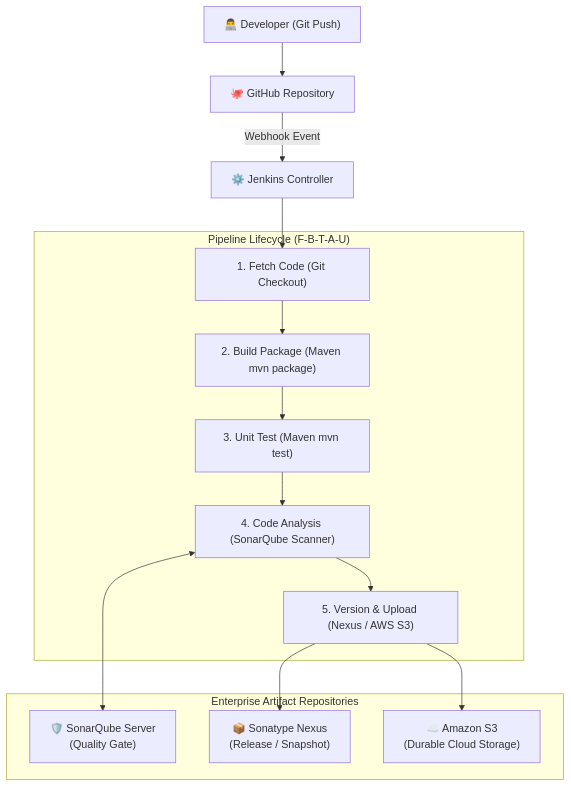
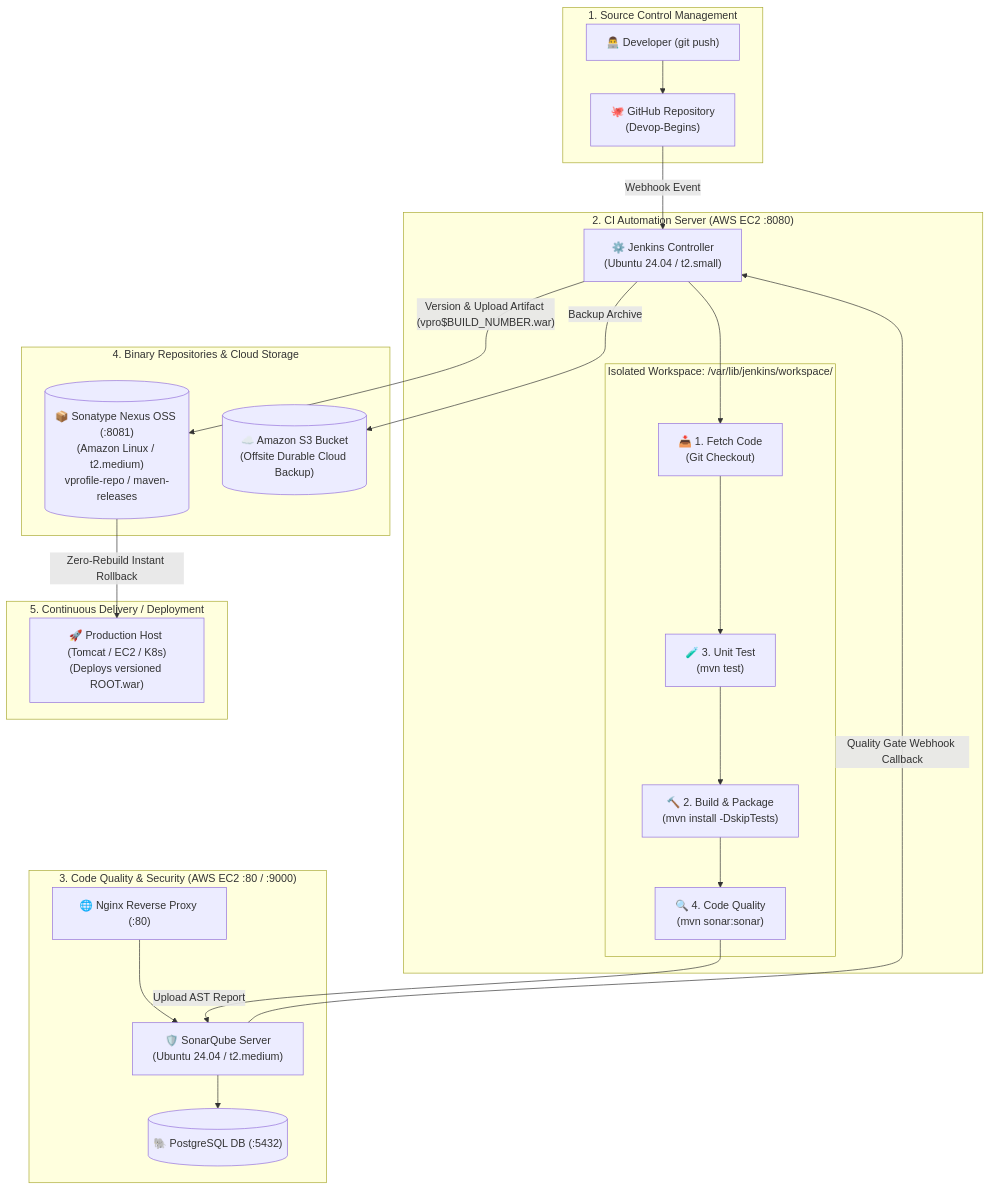
One commit to RandomRohit-hub/Devop-Begins changed the diagram in README.md. Above: the diagram before and after it, drawn with Mermaid. The commit also changed other lines of this file and 65 other files, not shown here.

Commit message:
Transform repository into comprehensive DevOps knowledge base with modular docs, roadmap, glossary, and interview prep

````diff
--- a/README.md
+++ b/README.md
@@ -36,27 +19,42 @@
 ```mermaid
 flowchart TD
-    DEV["👨‍💻 Developer (Git Push)"] --> GITHUB["🐙 GitHub Repository"]
-    GITHUB -- "Webhook Event" --> JENKINS["⚙️ Jenkins Controller"]
-    
-    subgraph STAGES["Pipeline Lifecycle (F-B-T-A-U)"]
-        F["1. Fetch Code (Git Checkout)"]
-        B["2. Build Package (Maven mvn package)"]
-        T["3. Unit Test (Maven mvn test)"]
-        A["4. Code Analysis (SonarQube Scanner)"]
-        U["5. Version & Upload (Nexus / AWS S3)"]
-        
-        F --> B --> T --> A --> U
+    subgraph CLIENT["1. Source Control Management"]
+        DEV["👨‍💻 Developer (git push)"] --> GITHUB["🐙 GitHub Repository<br/>(Devop-Begins)"]
     end
 
-    JENKINS --> F
-    
-    subgraph STORAGE["Enterprise Artifact Repositories"]
-        SQ["🛡️ SonarQube Server<br/>(Quality Gate)"]
-        NEXUS["📦 Sonatype Nexus<br/>(Release / Snapshot)"]
-        S3["☁️ Amazon S3<br/>(Durable Cloud Storage)"]
+    subgraph CI["2. CI Automation Server (AWS EC2 :8080)"]
+        GITHUB -- "Webhook Event" --> JNK["⚙️ Jenkins Controller<br/>(Ubuntu 24.04 / t2.small)"]
+        
+        subgraph WORKSPACE["Isolated Workspace: /var/lib/jenkins/workspace/<job>"]
+            FETCH["📥 1. Fetch Code<br/>(Git Checkout)"]
+            BUILD["🔨 2. Build & Package<br/>(mvn install -DskipTests)"]
+            TEST["🧪 3. Unit Test<br/>(mvn test)"]
+            SCAN["🔍 4. Code Quality<br/>(mvn sonar:sonar)"]
+            
+            FETCH --> TEST --> BUILD --> SCAN
+        end
+        JNK --> FETCH
     end
-    
-    A <--> SQ
-    U --> NEXUS
-    U --> S3
+
+    subgraph QUALITY["3. Code Quality & Security (AWS EC2 :80 / :9000)"]
+        SONAR["🛡️ SonarQube Server<br/>(Ubuntu 24.04 / t2.medium)"]
+        NGINX["🌐 Nginx Reverse Proxy (:80)"]
+        PG[("🐘 PostgreSQL DB (:5432)")]
+        NGINX --> SONAR --> PG
+        SCAN -- "Upload AST Report" --> SONAR
+        SONAR -- "Quality Gate Webhook Callback" --> JNK
+    end
+
+    subgraph ARTIFACT["4. Binary Repositories & Cloud Storage"]
+        NEXUS[("📦 Sonatype Nexus OSS (:8081)<br/>(Amazon Linux / t2.medium)<br/>vprofile-repo / maven-releases")]
+        S3[("☁️ Amazon S3 Bucket<br/>(Offsite Durable Cloud Backup)")]
+    end
+
+    subgraph CD["5. Continuous Delivery / Deployment"]
+        TOMCAT["🚀 Production Host (Tomcat / EC2 / K8s)<br/>(Deploys versioned ROOT.war)"]
+    end
+
+    JNK -- "Version & Upload Artifact (vpro$BUILD_NUMBER.war)" --> NEXUS
+    JNK -- "Backup Archive" --> S3
+    NEXUS -- "Zero-Rebuild Instant Rollback" --> TOMCAT
 ```
````
